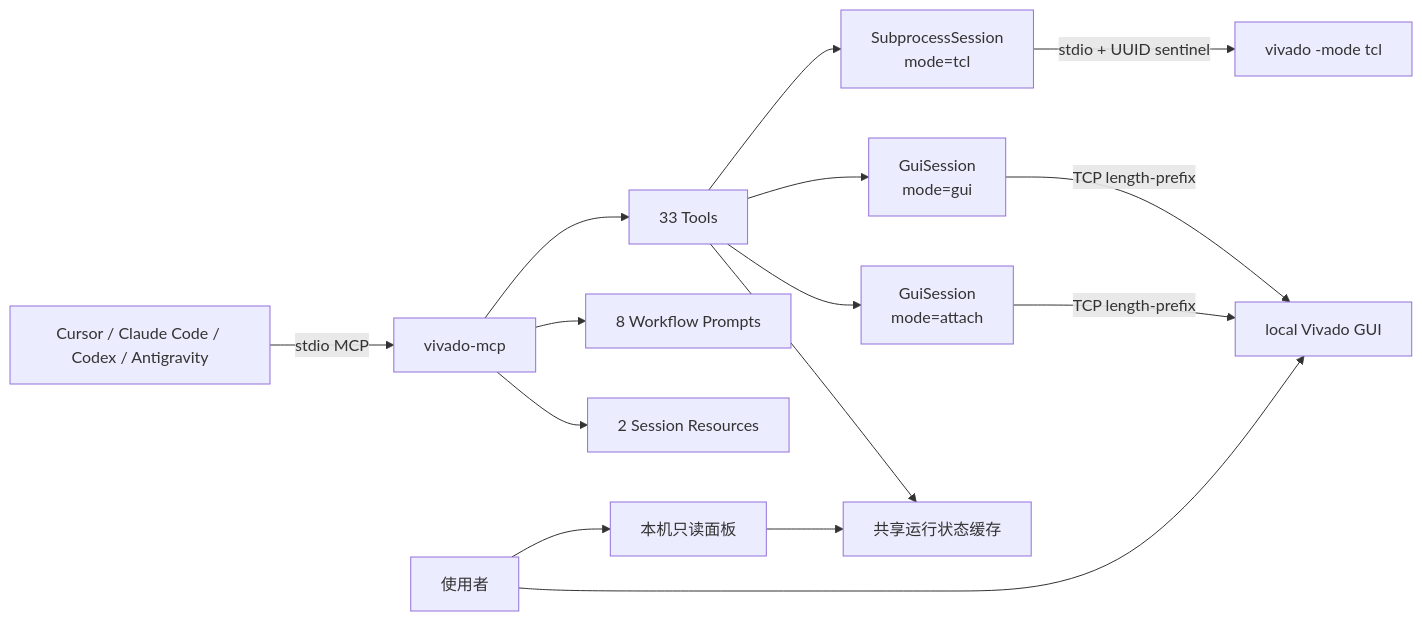
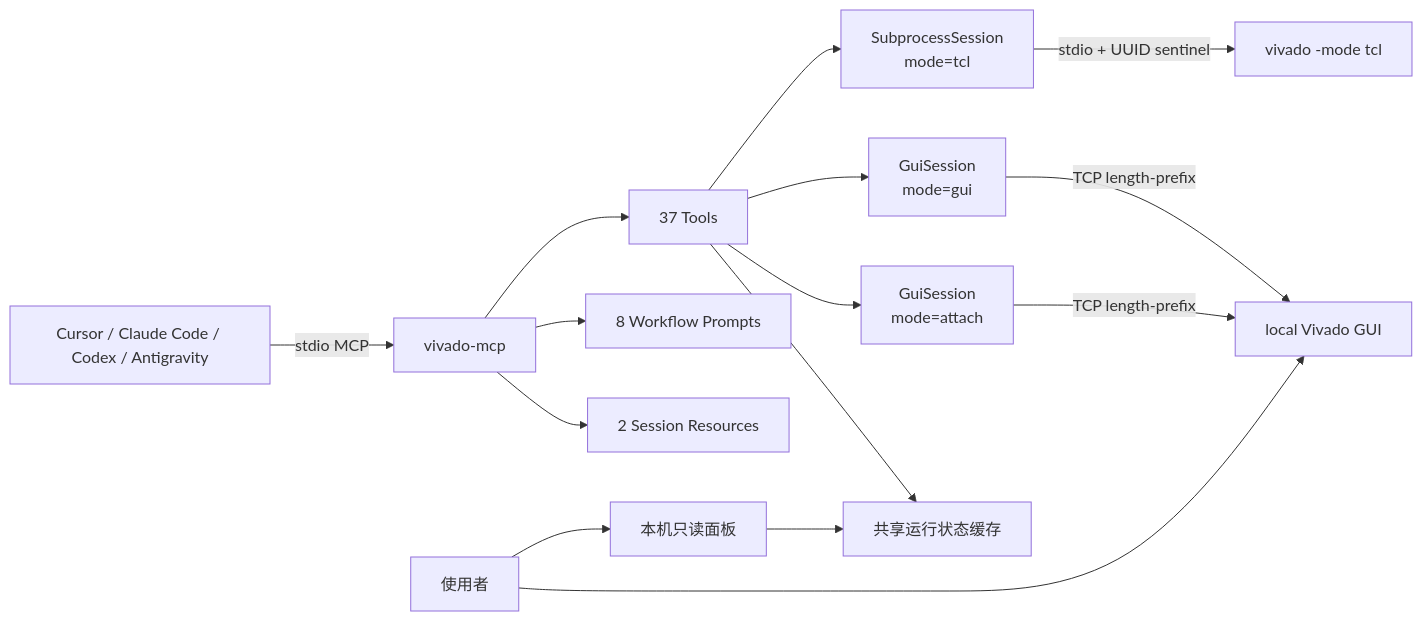
Before and after one commit to otter-fpga-lab/otter-vivado: the diagram in README.md, drawn with Mermaid. The commit also changed other lines of this file and 19 other files, not shown here.

````diff
--- a/README.md
+++ b/README.md
@@ -524,17 +535,17 @@
 ```mermaid
 flowchart LR
     Agent["Cursor / Claude Code / Codex / Antigravity"] -->|"stdio MCP"| MCP["vivado-mcp"]
-    MCP --> Tools["33 Tools"]
+    MCP --> Tools["37 Tools"]
     MCP --> Prompts["8 Workflow Prompts"]
     MCP --> Resources["2 Session Resources"]
     Tools --> Tcl["SubprocessSession\nmode=tcl"]
     Tools --> Gui["GuiSession\nmode=gui"]
     Tools --> Attach["GuiSession\nmode=attach"]
     Tcl -->|"stdio + UUID sentinel"| VivadoTcl["vivado -mode tcl"]
     Gui -->|"TCP length-prefix"| VivadoGui["local Vivado GUI"]
     Attach -->|"TCP length-prefix"| VivadoGui
     Tools --> Monitor["共享运行状态缓存"]
     Human["使用者"] --> VivadoGui
     Human --> View["本机只读面板"]
     View --> Monitor
 ```
````
